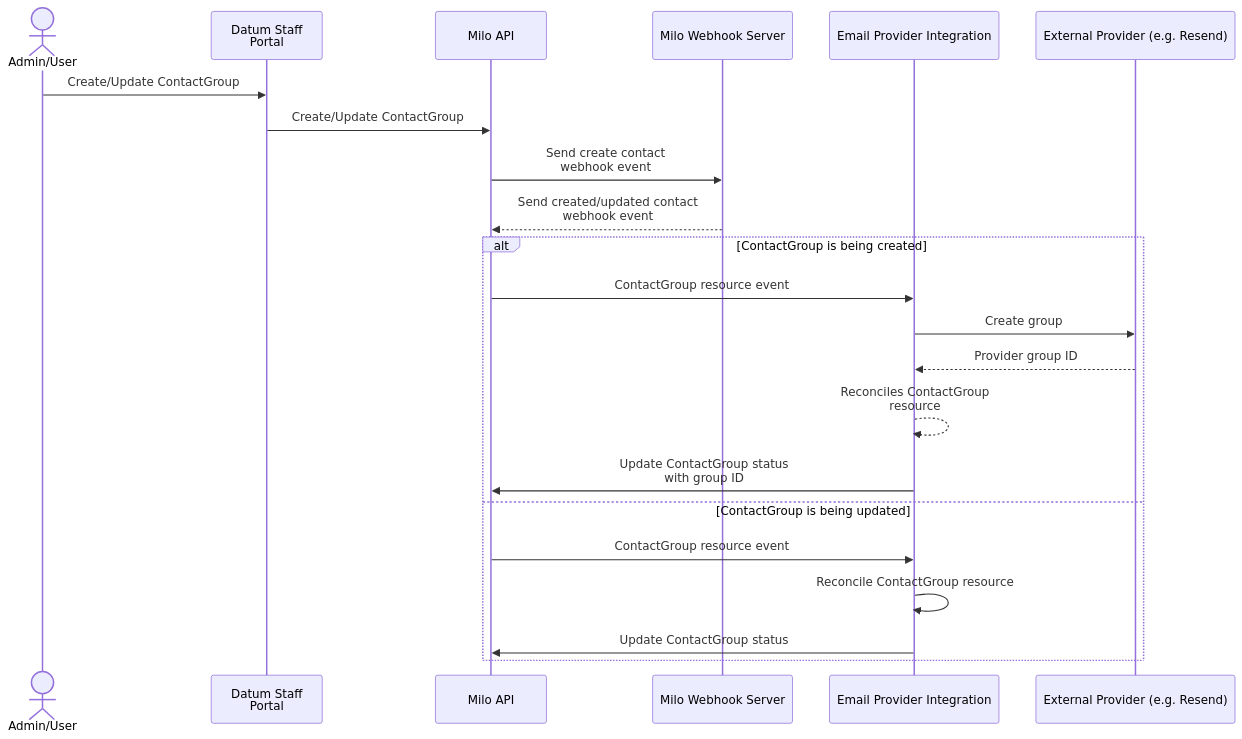
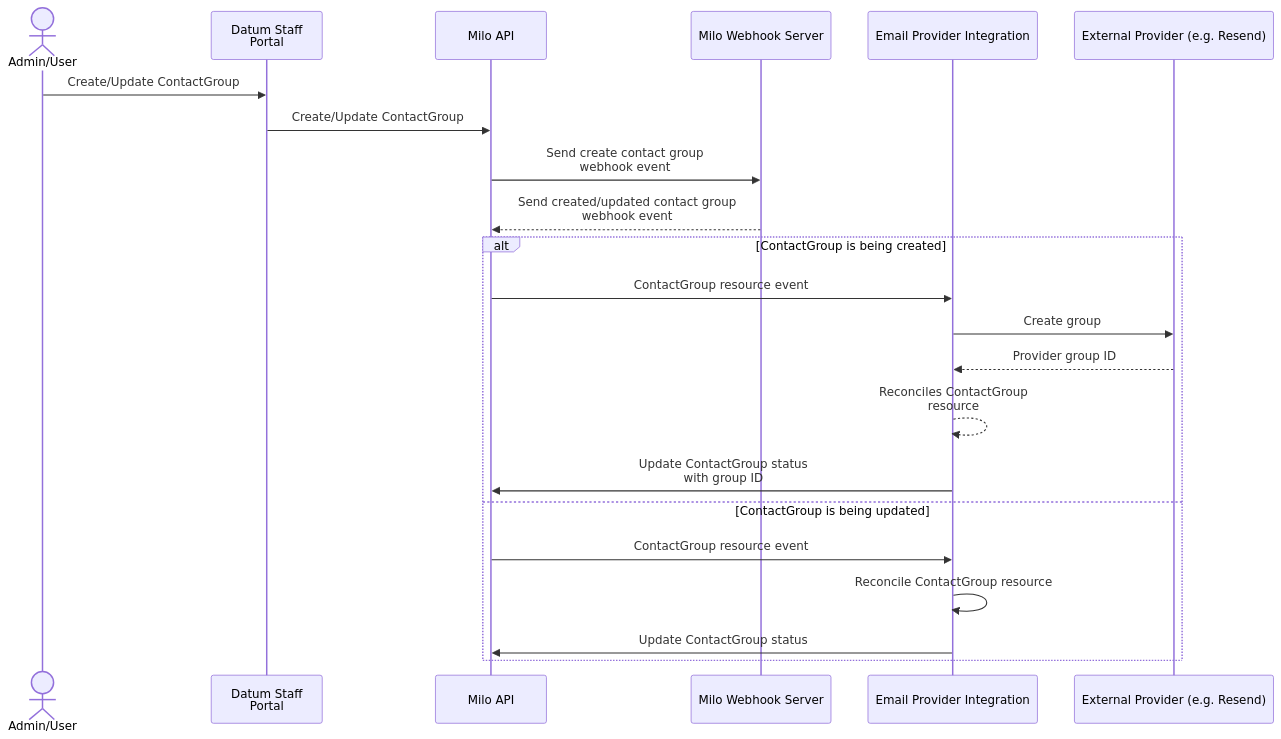
One commit to datum-cloud/enhancements changed the second of 4 diagrams in enhancements/platform/email-integration/email-contact-group/README.md. Above: the diagram before and after it, drawn with Mermaid.

````diff
--- a/enhancements/platform/email-integration/email-contact-group/README.md
+++ b/enhancements/platform/email-integration/email-contact-group/README.md
@@ -209,29 +209,29 @@
 ```mermaid
 sequenceDiagram
     actor admin as Admin/User
     participant staffPortal as Datum Staff <br/> Portal
     participant miloAPI as Milo API
     participant miloWebhook as Milo Webhook Server
     participant emailIntegration as Email Provider Integration
     participant provider as External Provider (e.g. Resend)
 
 
     admin ->> staffPortal: Create/Update ContactGroup
     staffPortal ->> miloAPI: Create/Update ContactGroup
-    miloAPI ->> miloWebhook: Send create contact <br/> webhook event
-    miloWebhook -->> miloAPI: Send created/updated contact <br/> webhook event
+    miloAPI ->> miloWebhook: Send create contact group <br/> webhook event
+    miloWebhook -->> miloAPI: Send created/updated contact group <br/> webhook event
 
     
     %% Creation flow
     alt ContactGroup is being created
         miloAPI ->> emailIntegration: ContactGroup resource event
         emailIntegration ->> provider: Create group
         provider -->> emailIntegration: Provider group ID
         emailIntegration -->> emailIntegration: Reconciles ContactGroup <br/> resource
         emailIntegration ->> miloAPI: Update ContactGroup status <br/> with group ID
     else ContactGroup is being updated
         miloAPI ->> emailIntegration: ContactGroup resource event
         emailIntegration ->> emailIntegration: Reconcile ContactGroup resource
         emailIntegration ->> miloAPI: Update ContactGroup status
     end
 ```
````
